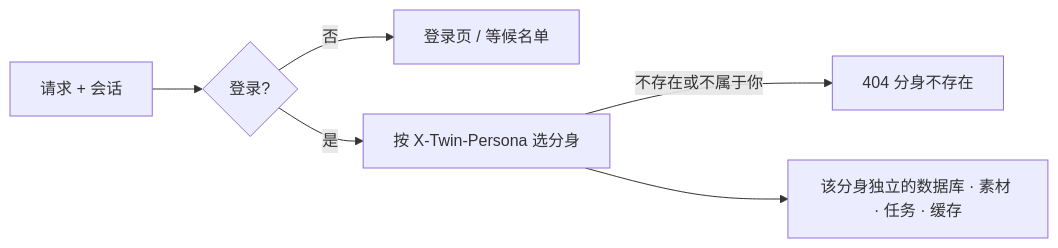
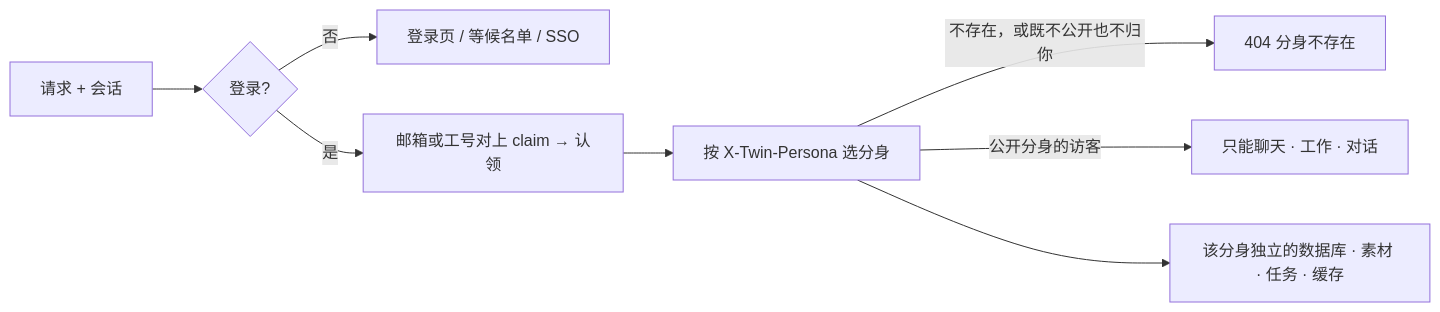
The sixth of 6 diagrams in docs/ARCHITECTURE.md (seasonsolt/twin), drawn with Mermaid before and after one commit. The commit also changed other lines of this file and 4 other files, not shown here.

````diff
--- a/docs/ARCHITECTURE.md
+++ b/docs/ARCHITECTURE.md
@@ -104,8 +111,10 @@
 ```mermaid
 flowchart LR
   REQ[请求 + 会话] --> AUTH{登录?}
-  AUTH -->|否| L[登录页 / 等候名单]
-  AUTH -->|是| PR[按 X-Twin-Persona 选分身]
-  PR -->|不存在或不属于你| E404[404 分身不存在]
+  AUTH -->|否| L[登录页 / 等候名单 / SSO]
+  AUTH -->|是| CL[邮箱或工号对上 claim → 认领]
+  CL --> PR[按 X-Twin-Persona 选分身]
+  PR -->|不存在，或既不公开也不归你| E404[404 分身不存在]
+  PR -->|公开分身的访客| V[只能聊天 · 工作 · 对话]
   PR --> CTX[该分身独立的数据库 · 素材 · 任务 · 缓存]
 ```
````
